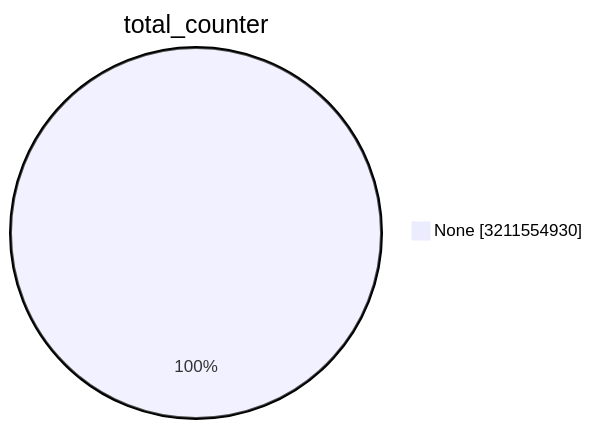
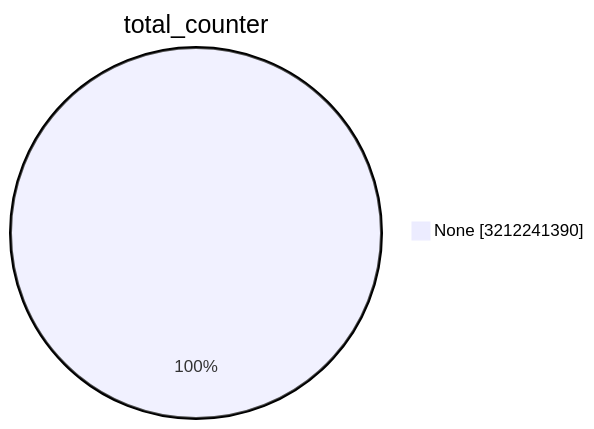
The first of 15 diagrams in TOTAL/README.md (christiankrug/ctmonitor_visualization), drawn with Mermaid before and after one commit. The commit also changed other lines of this file, not shown here.

````diff
--- a/TOTAL/README.md
+++ b/TOTAL/README.md
@@ -1,5 +1,5 @@
 ```mermaid
 pie showData
 title total_counter
-"None" :3211554930
+"None" :3212241390
 ```
````
